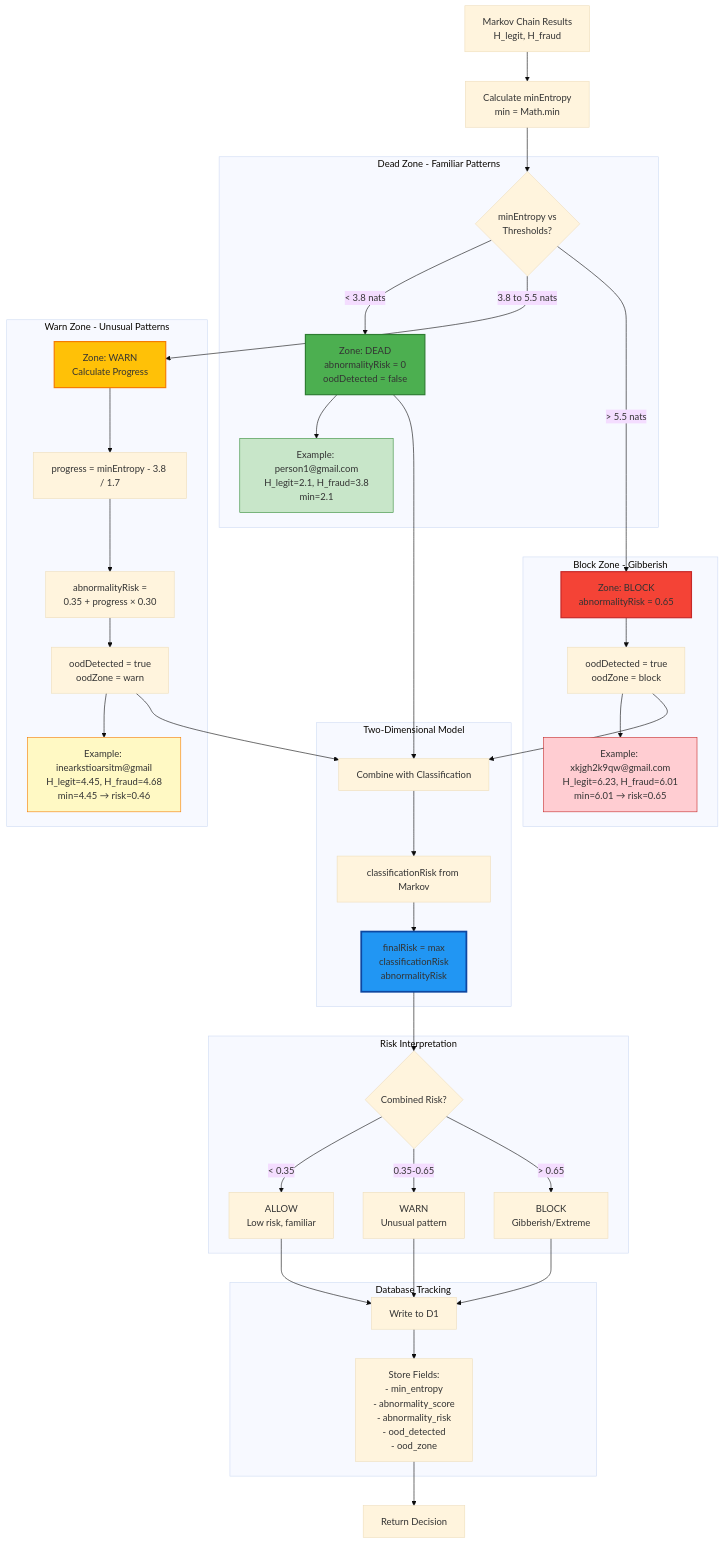
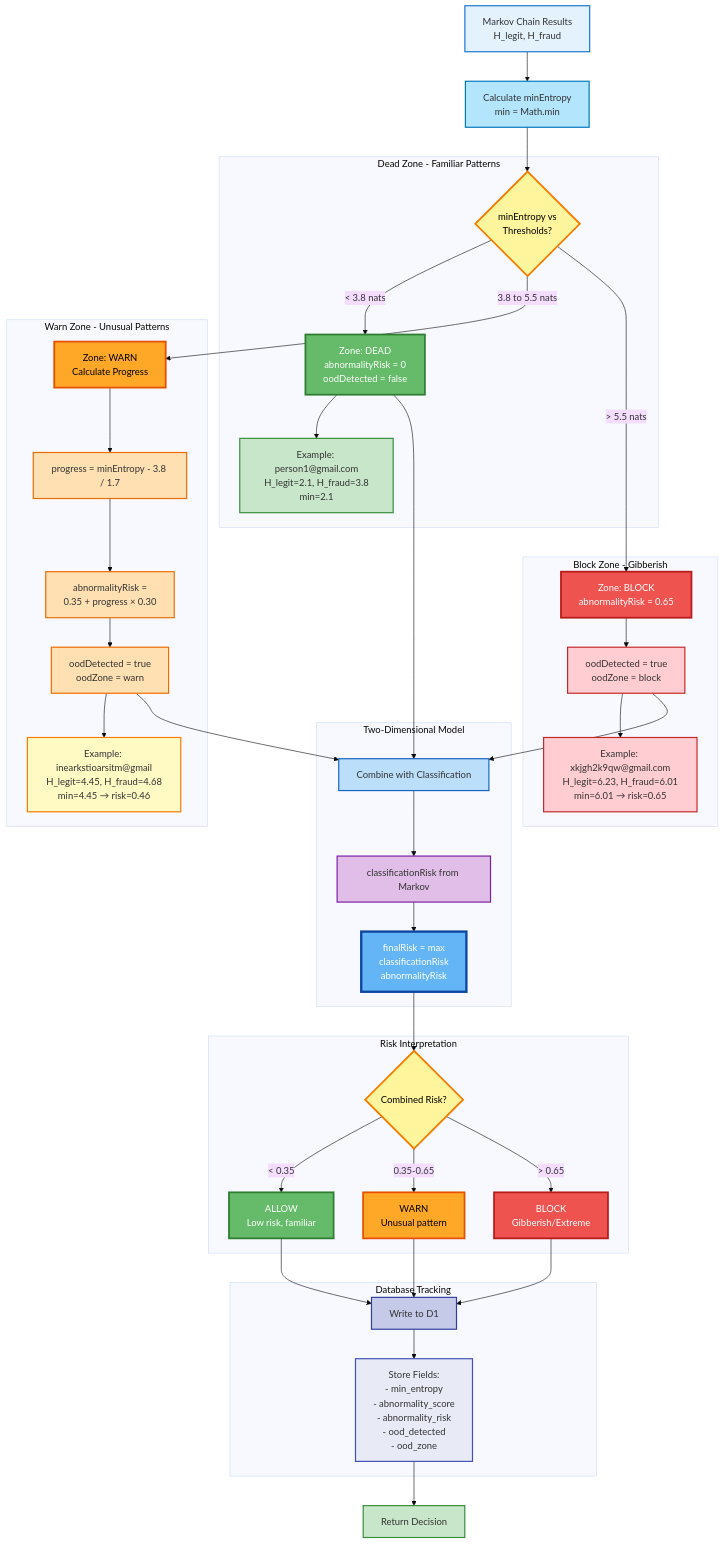
Before and after one commit to erfianugrah/bogus-email-pattern-recognition: the fifth of 10 diagrams in docs/MARKOV_CHAIN_DIAGRAMS.md, drawn with Mermaid (base theme). The commit also changed other lines of this file, not shown here.

First line of the commit message:
Design: Enhance diagram readability with comprehensive color system

````diff
--- a/docs/MARKOV_CHAIN_DIAGRAMS.md
+++ b/docs/MARKOV_CHAIN_DIAGRAMS.md
@@ -436,64 +592,81 @@
 ```mermaid
 flowchart TD
     START[Markov Chain Results<br/>H_legit, H_fraud] --> MIN[Calculate minEntropy<br/>min = Math.min]
 
     MIN --> CHECK{minEntropy vs<br/>Thresholds?}
 
     subgraph "Dead Zone - Familiar Patterns"
         CHECK -->|< 3.8 nats| DEAD[Zone: DEAD<br/>abnormalityRisk = 0<br/>oodDetected = false]
         DEAD --> EX1[Example: person1@gmail.com<br/>H_legit=2.1, H_fraud=3.8<br/>min=2.1]
     end
 
     subgraph "Warn Zone - Unusual Patterns"
         CHECK -->|3.8 to 5.5 nats| WARN_ZONE[Zone: WARN<br/>Calculate Progress]
         WARN_ZONE --> PROGRESS[progress = minEntropy - 3.8 / 1.7]
         PROGRESS --> WARN_CALC[abnormalityRisk =<br/>0.35 + progress × 0.30]
         WARN_CALC --> WARN_FLAG[oodDetected = true<br/>oodZone = warn]
         WARN_FLAG --> EX2[Example: inearkstioarsitm@gmail<br/>H_legit=4.45, H_fraud=4.68<br/>min=4.45 → risk=0.46]
     end
 
     subgraph "Block Zone - Gibberish"
         CHECK -->|> 5.5 nats| BLOCK_ZONE[Zone: BLOCK<br/>abnormalityRisk = 0.65]
         BLOCK_ZONE --> BLOCK_FLAG[oodDetected = true<br/>oodZone = block]
         BLOCK_FLAG --> EX3[Example: xkjgh2k9qw@gmail.com<br/>H_legit=6.23, H_fraud=6.01<br/>min=6.01 → risk=0.65]
     end
 
     subgraph "Two-Dimensional Model"
         DEAD --> TWODIM[Combine with Classification]
         WARN_FLAG --> TWODIM
         BLOCK_FLAG --> TWODIM
 
         TWODIM --> CLASS[classificationRisk from Markov]
         CLASS --> FINAL[finalRisk = max<br/>classificationRisk<br/>abnormalityRisk]
     end
 
     subgraph "Risk Interpretation"
         FINAL --> RISK_LEVEL{Combined Risk?}
         RISK_LEVEL -->|< 0.35| R1[ALLOW<br/>Low risk, familiar]
         RISK_LEVEL -->|0.35-0.65| R2[WARN<br/>Unusual pattern]
         RISK_LEVEL -->|> 0.65| R3[BLOCK<br/>Gibberish/Extreme]
     end
 
     subgraph "Database Tracking"
         R1 --> DB[Write to D1]
         R2 --> DB
         R3 --> DB
 
         DB --> FIELDS[Store Fields:<br/>- min_entropy<br/>- abnormality_score<br/>- abnormality_risk<br/>- ood_detected<br/>- ood_zone]
     end
 
     FIELDS --> END[Return Decision]
 
-    style DEAD fill:#4CAF50,stroke:#2E7D32,stroke-width:2px
-    style WARN_ZONE fill:#FFC107,stroke:#F57C00,stroke-width:2px
-    style BLOCK_ZONE fill:#F44336,stroke:#C62828,stroke-width:2px
-    style FINAL fill:#2196F3,stroke:#0D47A1,stroke-width:3px
+    style START fill:#E3F2FD,stroke:#1976D2,stroke-width:2px
+    style MIN fill:#B3E5FC,stroke:#0277BD,stroke-width:2px
+    style CHECK fill:#FFF59D,stroke:#F57C00,stroke-width:3px,color:#000
 
-    classDef deadClass fill:#C8E6C9,stroke:#388E3C
-    classDef warnClass fill:#FFF9C4,stroke:#F57C00
-    classDef blockClass fill:#FFCDD2,stroke:#C62828
+    style DEAD fill:#66BB6A,stroke:#2E7D32,stroke-width:3px,color:#fff
+    style EX1 fill:#C8E6C9,stroke:#388E3C,stroke-width:2px
 
-    class EX1 deadClass
-    class EX2 warnClass
-    class EX3 blockClass
+    style WARN_ZONE fill:#FFA726,stroke:#E65100,stroke-width:3px,color:#000
+    style PROGRESS fill:#FFE0B2,stroke:#EF6C00,stroke-width:2px
+    style WARN_CALC fill:#FFE0B2,stroke:#EF6C00,stroke-width:2px
+    style WARN_FLAG fill:#FFE0B2,stroke:#EF6C00,stroke-width:2px
+    style EX2 fill:#FFF9C4,stroke:#F57C00,stroke-width:2px
+
+    style BLOCK_ZONE fill:#EF5350,stroke:#B71C1C,stroke-width:3px,color:#fff
+    style BLOCK_FLAG fill:#FFCDD2,stroke:#C62828,stroke-width:2px
+    style EX3 fill:#FFCDD2,stroke:#C62828,stroke-width:2px
+
+    style TWODIM fill:#BBDEFB,stroke:#1565C0,stroke-width:2px
+    style CLASS fill:#E1BEE7,stroke:#7B1FA2,stroke-width:2px
+    style FINAL fill:#64B5F6,stroke:#0D47A1,stroke-width:4px,color:#fff
+
+    style RISK_LEVEL fill:#FFF59D,stroke:#F57C00,stroke-width:3px,color:#000
+    style R1 fill:#66BB6A,stroke:#2E7D32,stroke-width:3px,color:#fff
+    style R2 fill:#FFA726,stroke:#E65100,stroke-width:3px,color:#000
+    style R3 fill:#EF5350,stroke:#B71C1C,stroke-width:3px,color:#fff
+
+    style DB fill:#C5CAE9,stroke:#303F9F,stroke-width:2px
+    style FIELDS fill:#E8EAF6,stroke:#3F51B5,stroke-width:2px
+    style END fill:#C8E6C9,stroke:#388E3C,stroke-width:2px
 ```
````
